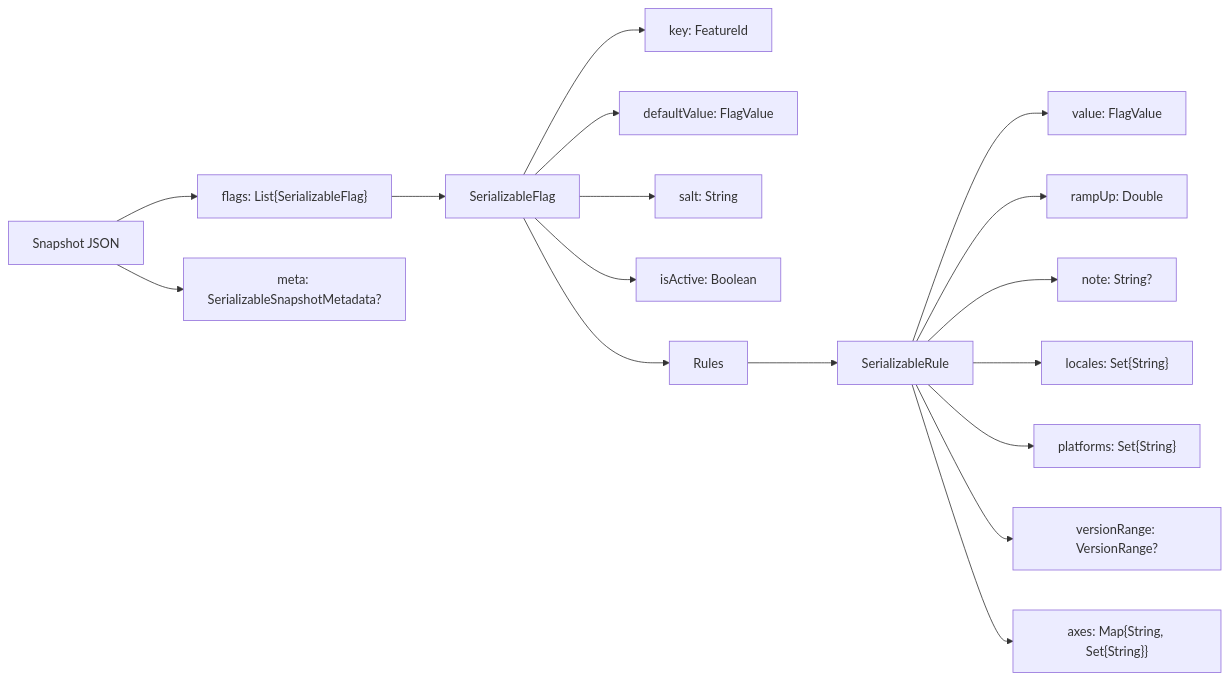
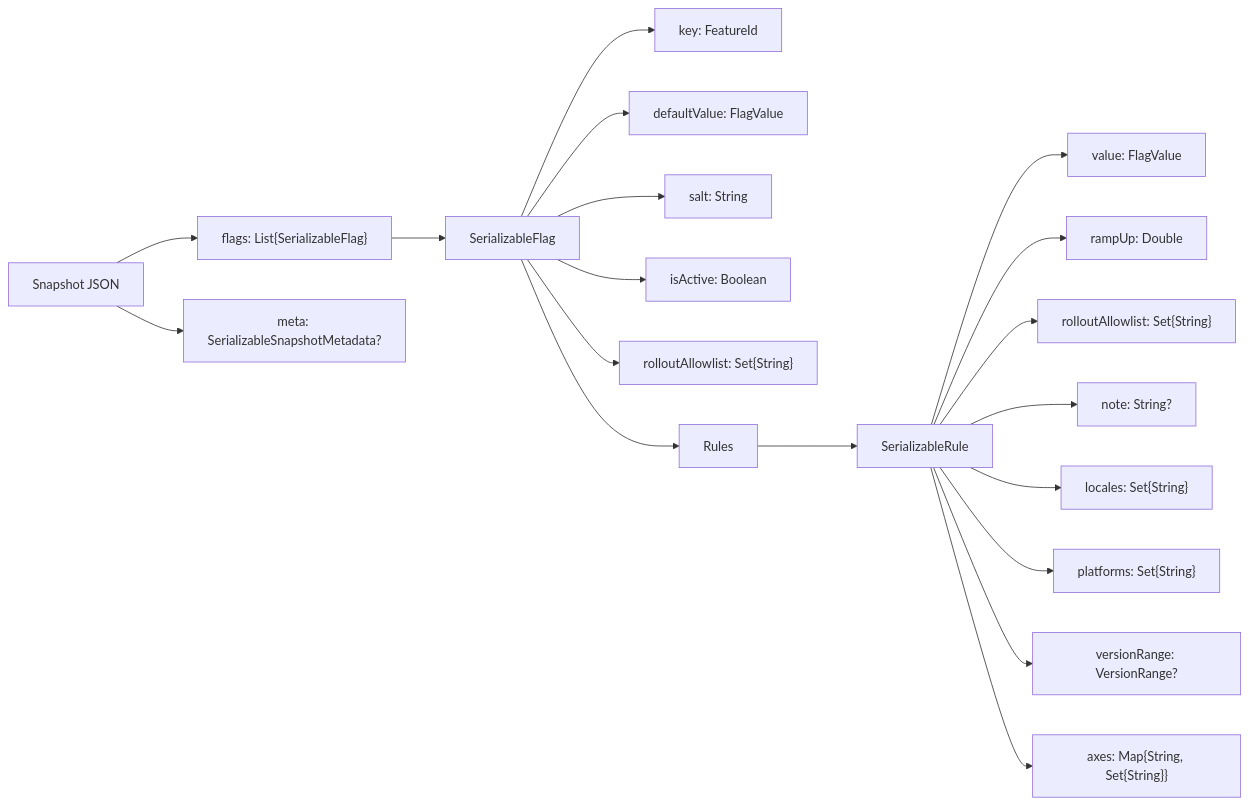
Before and after one commit to amichne/konditional: the diagram in docs/08-persistence-format.md, drawn with Mermaid. The commit also changed other lines of this file and 33 other files, not shown here.

````diff
--- a/docs/08-persistence-format.md
+++ b/docs/08-persistence-format.md
@@ -17,20 +17,22 @@
 ```mermaid
 flowchart LR
     Snap[Snapshot JSON] --> Flags["flags: List{SerializableFlag}"]
     Snap --> Meta["meta: SerializableSnapshotMetadata?"]
     Flags --> Flag["SerializableFlag"]
     Flag --> Key["key: FeatureId"]
     Flag --> Default["defaultValue: FlagValue"]
     Flag --> Salt["salt: String"]
     Flag --> Active["isActive: Boolean"]
+    Flag --> FAllow["rolloutAllowlist: Set{String}"]
     Flag --> Rules
     Rules --> Rule["SerializableRule"]
     Rule --> RVal["value: FlagValue"]
     Rule --> Ramp["rampUp: Double"]
+    Rule --> RAllow["rolloutAllowlist: Set{String}"]
     Rule --> Note["note: String?"]
     Rule --> Loc["locales: Set{String}"]
     Rule --> Plat["platforms: Set{String}"]
     Rule --> Vr["versionRange: VersionRange?"]
     Rule --> Axes["axes: Map{String, Set{String}}"]
 
 ```
````
